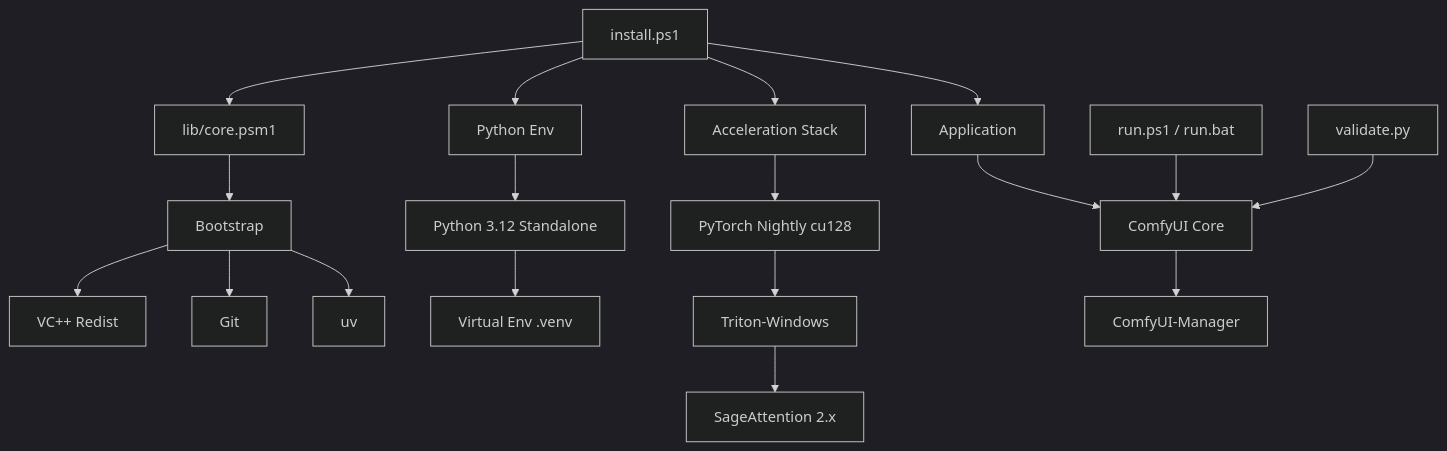
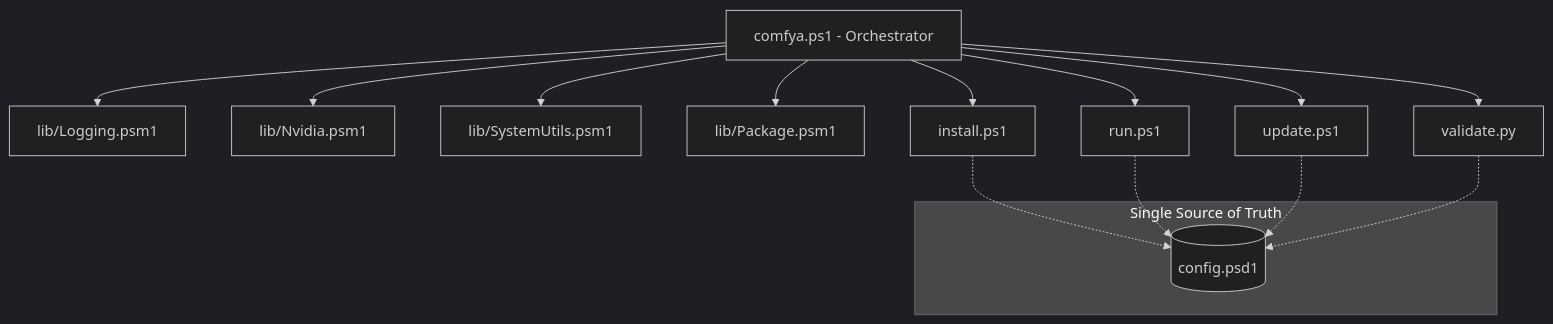
One commit to FeelTheFonk/comfYa changed the diagram in ARCHITECTURE.md. Above: the diagram before and after it, drawn with Mermaid (dark theme). The commit also changed other lines of this file and 18 other files, not shown here.

````diff
--- a/ARCHITECTURE.md
+++ b/ARCHITECTURE.md
@@ -19,24 +9,21 @@
 ```mermaid
 graph TD
-    A[install.ps1] --> B[lib/core.psm1]
-    B --> C[Bootstrap]
-    C --> D[VC++ Redist]
-    C --> E[Git]
-    C --> F[uv]
-    
-    A --> G[Python Env]
-    G --> H[Python 3.12 Standalone]
-    H --> I[Virtual Env .venv]
-    
-    A --> J[Acceleration Stack]
-    J --> K[PyTorch Nightly cu128]
-    K --> L[Triton-Windows]
-    L --> M[SageAttention 2.x]
-    
-    A --> N[Application]
-    N --> O[ComfyUI Core]
-    O --> P[ComfyUI-Manager]
-    
-    Q[run.ps1 / run.bat] --> O
-    R[validate.py] --> O
+    CLI[comfya.ps1 - Orchestrator] --> L[lib/Logging.psm1]
+    CLI --> N[lib/Nvidia.psm1]
+    CLI --> S[lib/SystemUtils.psm1]
+    CLI --> P[lib/Package.psm1]
+
+    CLI --> Setup[install.ps1]
+    CLI --> Run[run.ps1]
+    CLI --> Update[update.ps1]
+    CLI --> Doctor[validate.py]
+
+    subgraph "Single Source of Truth"
+        Config[(config.psd1)]
+    end
+
+    Setup -.-> Config
+    Run -.-> Config
+    Update -.-> Config
+    Doctor -.-> Config
 ```
````
